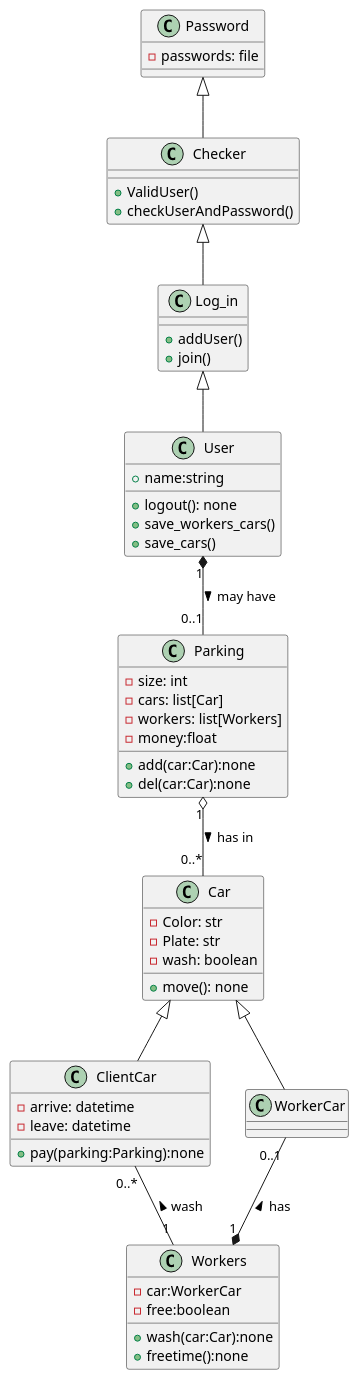
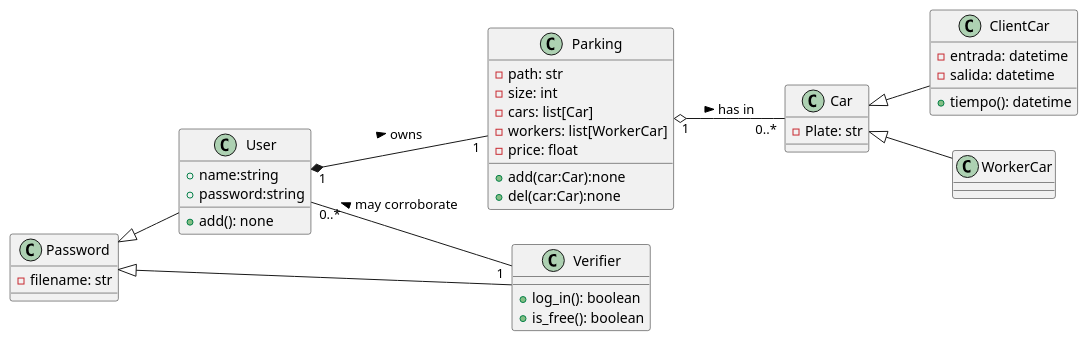
The diagram in UML/UML_Code.puml (Adlorduy/ParkingSystem), drawn with PlantUML before and after one commit.

```diff
--- a/UML/UML_Code.puml
+++ b/UML/UML_Code.puml
@@ -1,68 +1,54 @@
 @startuml Parking
 
 class Car{
-    - Color: str
     - Plate: str
-    - wash: boolean
-    + move(): none
 }
 
 class ClientCar{
-    - arrive: datetime
-    - leave: datetime
-    + pay(parking:Parking):none
+    - entrada: datetime
+    - salida: datetime
+    + tiempo(): datetime
 }
 
 class WorkerCar
 
 class Parking{
+    - path: str
     - size: int
     - cars: list[Car]
-    - workers: list[Workers]
-    - money:float
-
+    - workers: list[WorkerCar]
+    - price: float
     + add(car:Car):none
     + del(car:Car):none
 }
 
+class Password{
+    - filename: str
+}
 class User{
     + name:string
-    + logout(): none
-    + save_workers_cars()
-    + save_cars()
-}
-
-class Workers{
-    - car:WorkerCar
-    - free:boolean
-    + wash(car:Car):none
-    + freetime():none
-}
-
-class Log_in{
-    +addUser()
-    +join()
-}
-
-class Password{
-    - passwords: file
-}
-
-class Checker{
-    +ValidUser()
-    +checkUserAndPassword()
+    + password:string
+    + add(): none
 }
 
 
+class Verifier{
+    +log_in(): boolean
+    +is_free(): boolean
+}
 
-Password <|-- Checker
-Checker <|-- Log_in
-Log_in <|-- User
-User "1" *-- "0..1" Parking: may have >
+
+left to right direction
+left to right direction
+User "0..*" -- "1" Verifier: may corroborate <
+Password <|-- User
+Password <|-- Verifier
+
+User "1" *-- "1" Parking: owns >
 Parking "1" o-- "0..*" Car: has in >
 Car <|-- ClientCar
 Car <|-- WorkerCar
-WorkerCar "0..1" --* "1"Workers: < has 
-ClientCar"0..*" -- "1"Workers: < wash
+
+
 
 @enduml
```
